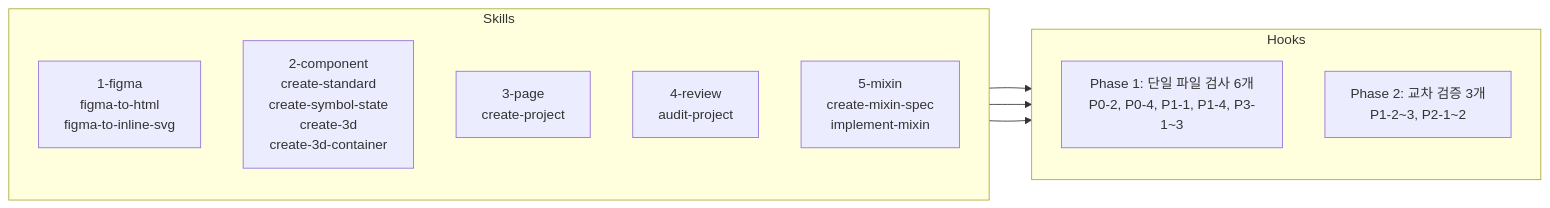
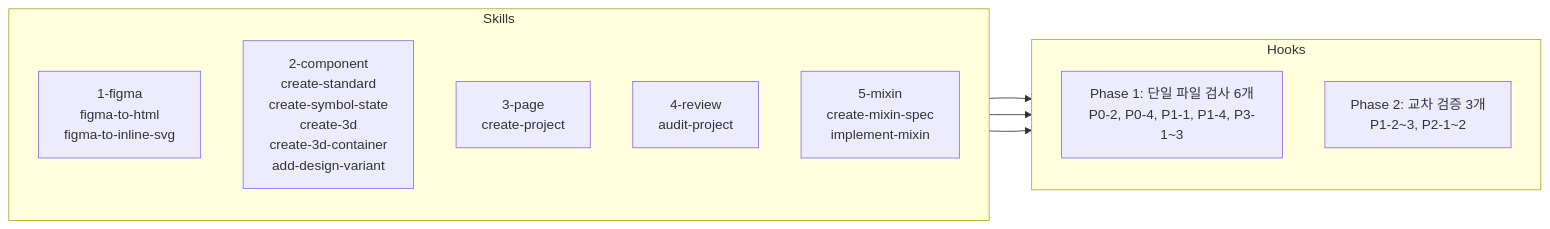
Before and after one commit to dysong-lab/WEB_BUILDER_TOOLKIT: the second of 2 diagrams in CLAUDE.md, drawn with Mermaid. The commit also changed other lines of this file and 3 other files, not shown here.

First line of the commit message:
feat: add-design-variant SKILL 추가 — 기존 컴포넌트에 새 디자인 변형 추가

````diff
--- a/CLAUDE.md
+++ b/CLAUDE.md
@@ -29,21 +29,21 @@
 ```mermaid
 flowchart LR
     subgraph Skills
         direction TB
         S1[1-figma<br/>figma-to-html<br/>figma-to-inline-svg]
-        S2[2-component<br/>create-standard<br/>create-symbol-state<br/>create-3d<br/>create-3d-container]
+        S2[2-component<br/>create-standard<br/>create-symbol-state<br/>create-3d<br/>create-3d-container<br/>add-design-variant]
         S3[3-page<br/>create-project]
         S4[4-review<br/>audit-project]
         S5[5-mixin<br/>create-mixin-spec<br/>implement-mixin]
     end
 
     subgraph Hooks
         direction TB
         H1[Phase 1: 단일 파일 검사 6개<br/>P0-2, P0-4, P1-1, P1-4, P3-1~3]
         H2[Phase 2: 교차 검증 3개<br/>P1-2~3, P2-1~2]
     end
 
     S2 --> H1
     S2 --> H2
     S3 --> H2
 ```
````
